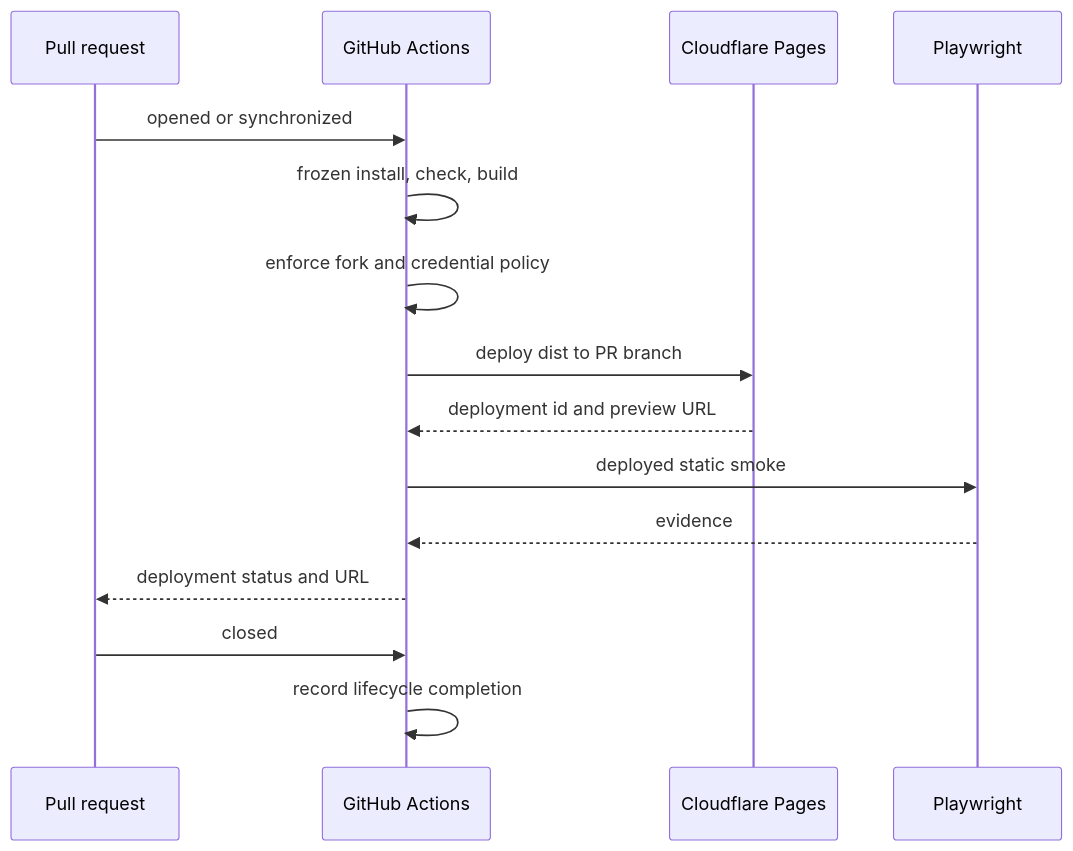
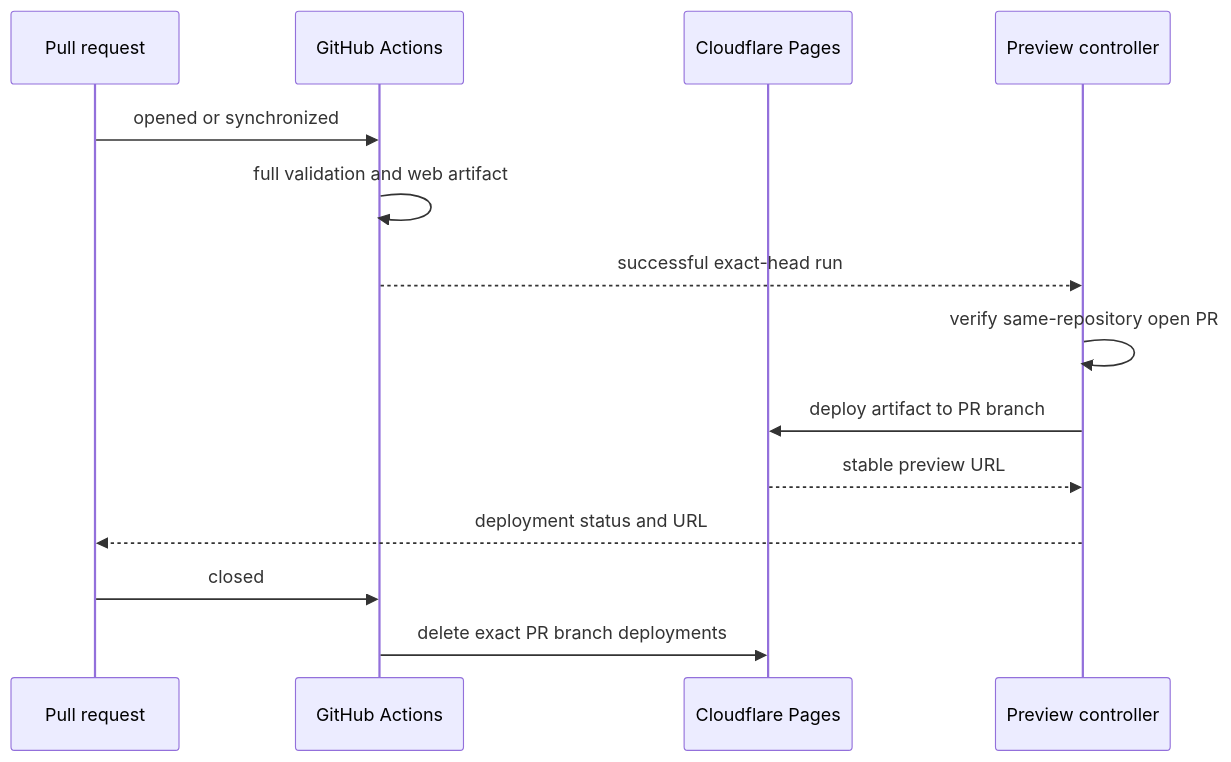
Before and after one commit to InKCre/client-web: the diagram in tasks/developer-experience-engineering/40-testing-delivery.md, drawn with Mermaid. The commit also changed other lines of this file and 10 other files, not shown here.

````diff
--- a/tasks/developer-experience-engineering/40-testing-delivery.md
+++ b/tasks/developer-experience-engineering/40-testing-delivery.md
@@ -54,18 +58,17 @@
 ```mermaid
 sequenceDiagram
   participant PR as Pull request
   participant CI as GitHub Actions
   participant Pages as Cloudflare Pages
-  participant E2E as Playwright
+  participant Preview as Preview controller
 
   PR->>CI: opened or synchronized
-  CI->>CI: frozen install, check, build
-  CI->>CI: enforce fork and credential policy
-  CI->>Pages: deploy dist to PR branch
-  Pages-->>CI: deployment id and preview URL
-  CI->>E2E: deployed static smoke
-  E2E-->>CI: evidence
-  CI-->>PR: deployment status and URL
+  CI->>CI: full validation and web artifact
+  CI-->>Preview: successful exact-head run
+  Preview->>Preview: verify same-repository open PR
+  Preview->>Pages: deploy artifact to PR branch
+  Pages-->>Preview: stable preview URL
+  Preview-->>PR: deployment status and URL
   PR->>CI: closed
-  CI->>CI: record lifecycle completion
+  CI->>Pages: delete exact PR branch deployments
 ```
````
